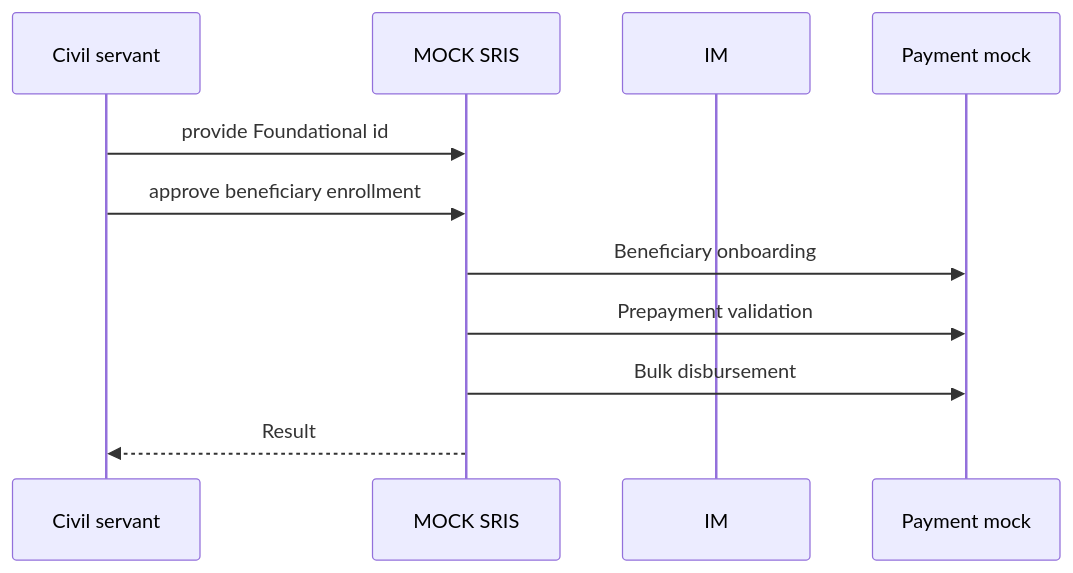
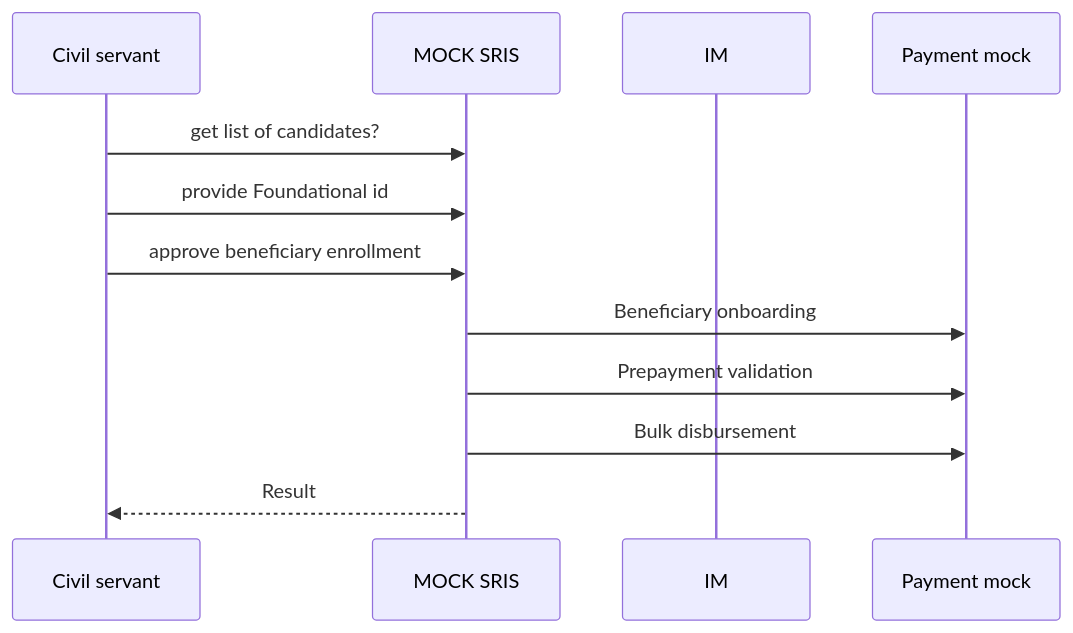
The diagram in docs/happy-flow/backend.md (GovStackWorkingGroup/sandbox), drawn with Mermaid before and after one commit.

Commit message:
Add get list of candidates to usct diagram

````diff
--- a/docs/happy-flow/backend.md
+++ b/docs/happy-flow/backend.md
@@ -6,11 +6,12 @@
 ```mermaid
 sequenceDiagram
 
+Civil servant ->> MOCK SRIS: get list of candidates?
 Civil servant ->> MOCK SRIS: provide Foundational id
 Civil servant ->> MOCK SRIS: approve beneficiary enrollment
-participant im as IM
+    participant im as IM
 MOCK SRIS ->> Payment mock: Beneficiary onboarding 
 MOCK SRIS ->> Payment mock: Prepayment validation 
 MOCK SRIS ->> Payment mock: Bulk disbursement
 MOCK SRIS -->> Civil servant: Result
 ```
````
